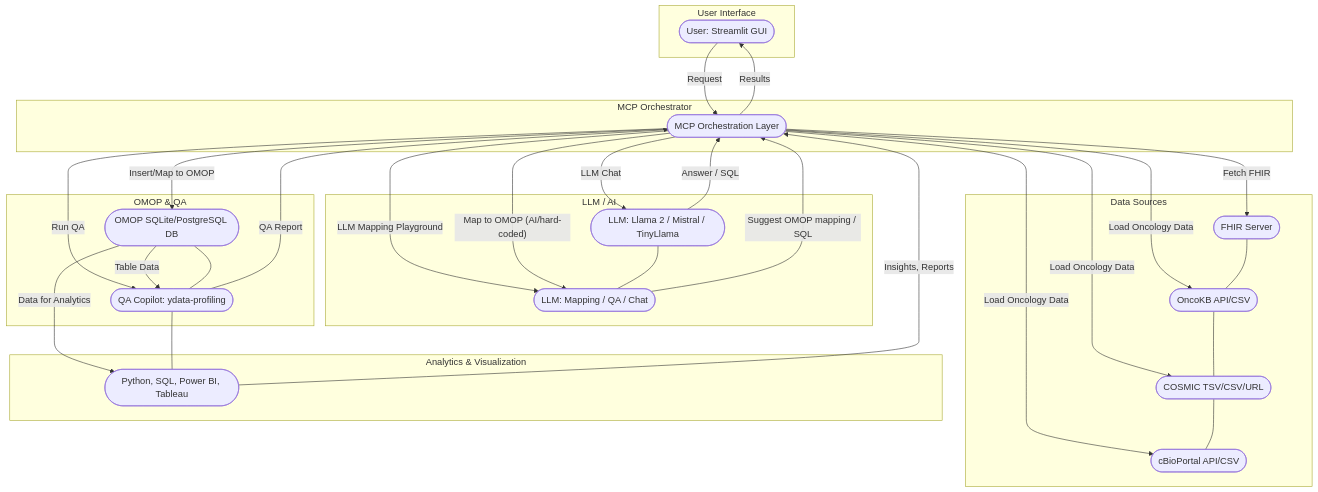
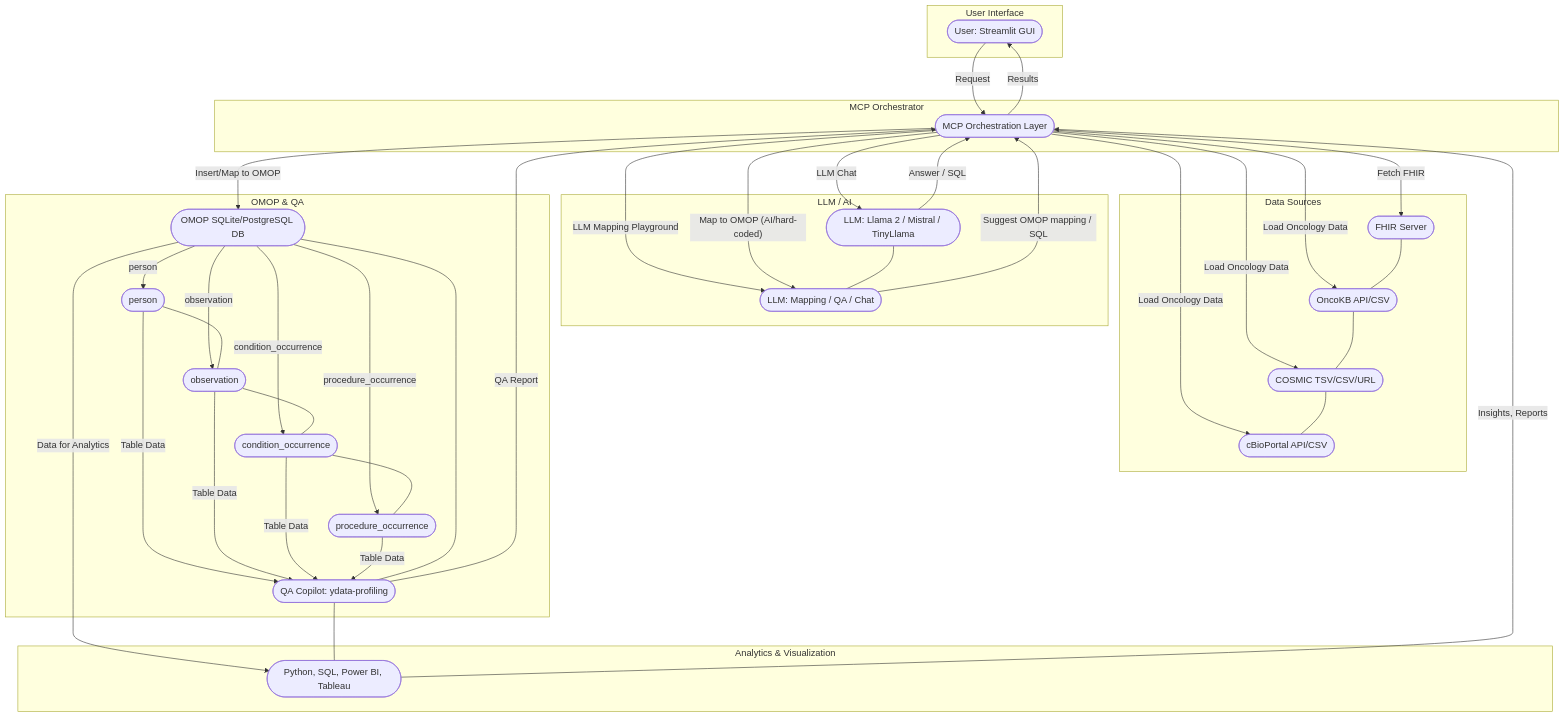
One commit to justin-mbca/fhir_omop_agent changed the second of 2 diagrams in README.md. Above: the diagram before and after it, drawn with Mermaid. The commit also changed other lines of this file and 9 other files, not shown here.

Commit message:
Add standardized OMOP tables, analytics, updated diagrams, and extended ETL/GUI support

````diff
--- a/README.md
+++ b/README.md
@@ -119,67 +126,78 @@
 ```mermaid
 flowchart TD
    %% User Interaction
    subgraph USER[User Interface]
       U1([User: Streamlit GUI])
    end
 
    %% MCP Orchestration
    subgraph MCP[MCP Orchestrator]
       MCP1([MCP Orchestration Layer])
    end
 
    %% Data Sources
    subgraph SOURCES[Data Sources]
       FHIR1([FHIR Server])
       ONCOKB([OncoKB API/CSV])
       COSMIC([COSMIC TSV/CSV/URL])
       CBIO([cBioPortal API/CSV])
    end
 
    %% LLM/AI
    subgraph AI[LLM / AI]
       LLM1([LLM: Llama 2 / Mistral / TinyLlama])
       LLM2([LLM: Mapping / QA / Chat])
    end
 
    %% OMOP/DB
    subgraph OMOP[OMOP & QA]
       OMOP1([OMOP SQLite/PostgreSQL DB])
+      PERSON([person])
+      OBS([observation])
+      COND([condition_occurrence])
+      PROC([procedure_occurrence])
       QA([QA Copilot: ydata-profiling])
    end
 
    %% Analytics
    subgraph ANALYTICS[Analytics & Visualization]
       ANALYTICS1([Python, SQL, Power BI, Tableau])
    end
 
    %% Data Flow via MCP
    U1 -- "Request" --> MCP1
    MCP1 -- "Fetch FHIR" --> FHIR1
    MCP1 -- "Load Oncology Data" --> ONCOKB
    MCP1 -- "Load Oncology Data" --> COSMIC
    MCP1 -- "Load Oncology Data" --> CBIO
 
    MCP1 -- "LLM Chat" --> LLM1
    MCP1 -- "LLM Mapping Playground" --> LLM2
    MCP1 -- "Map to OMOP (AI/hard-coded)" --> LLM2
 
    LLM2 -- "Suggest OMOP mapping / SQL" --> MCP1
    LLM1 -- "Answer / SQL" --> MCP1
 
    MCP1 -- "Insert/Map to OMOP" --> OMOP1
-   MCP1 -- "Run QA" --> QA
+   OMOP1 -- "person" --> PERSON
+   OMOP1 -- "observation" --> OBS
+   OMOP1 -- "condition_occurrence" --> COND
+   OMOP1 -- "procedure_occurrence" --> PROC
 
-   OMOP1 -- "Table Data" --> QA
+   PERSON -- "Table Data" --> QA
+   OBS -- "Table Data" --> QA
+   COND -- "Table Data" --> QA
+   PROC -- "Table Data" --> QA
    QA -- "QA Report" --> MCP1
 
    OMOP1 -- "Data for Analytics" --> ANALYTICS1
    ANALYTICS1 -- "Insights, Reports" --> MCP1
 
    MCP1 -- "Results" --> U1
 
    %% Layout hints for more spread
    FHIR1 --- ONCOKB --- COSMIC --- CBIO
    LLM1 --- LLM2
+   PERSON --- OBS --- COND --- PROC
    OMOP1 --- QA --- ANALYTICS1
 ```
````
